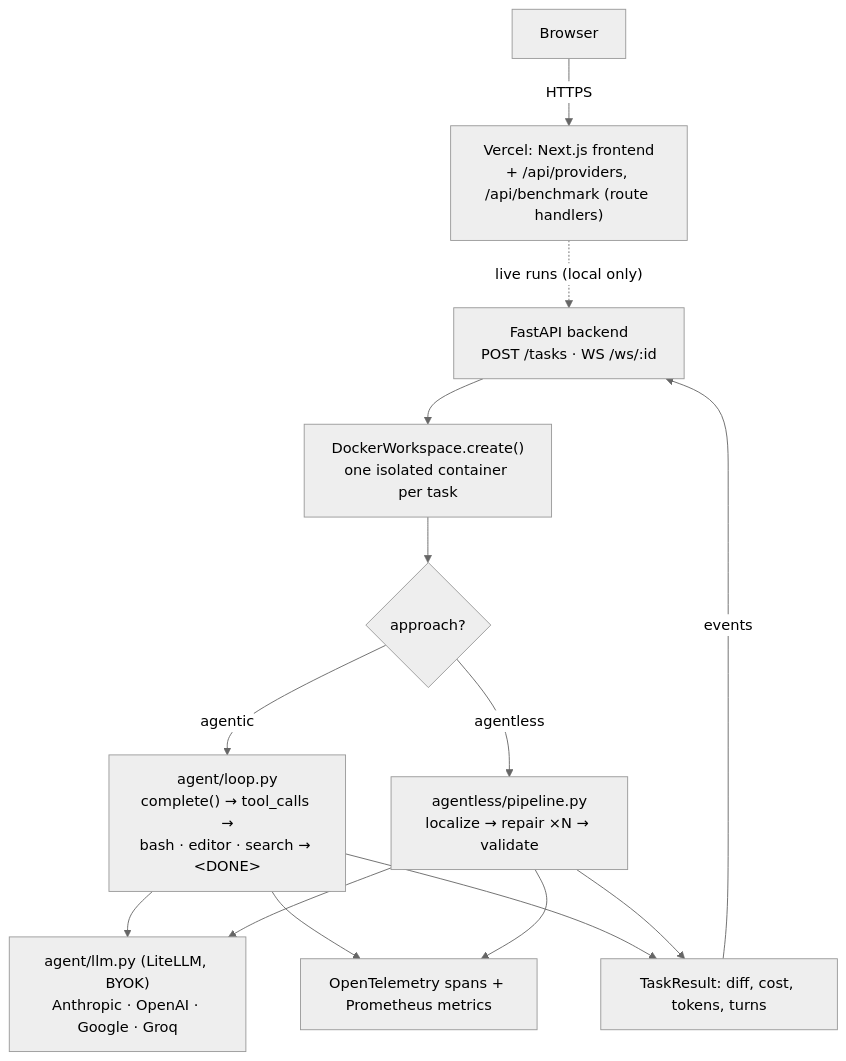
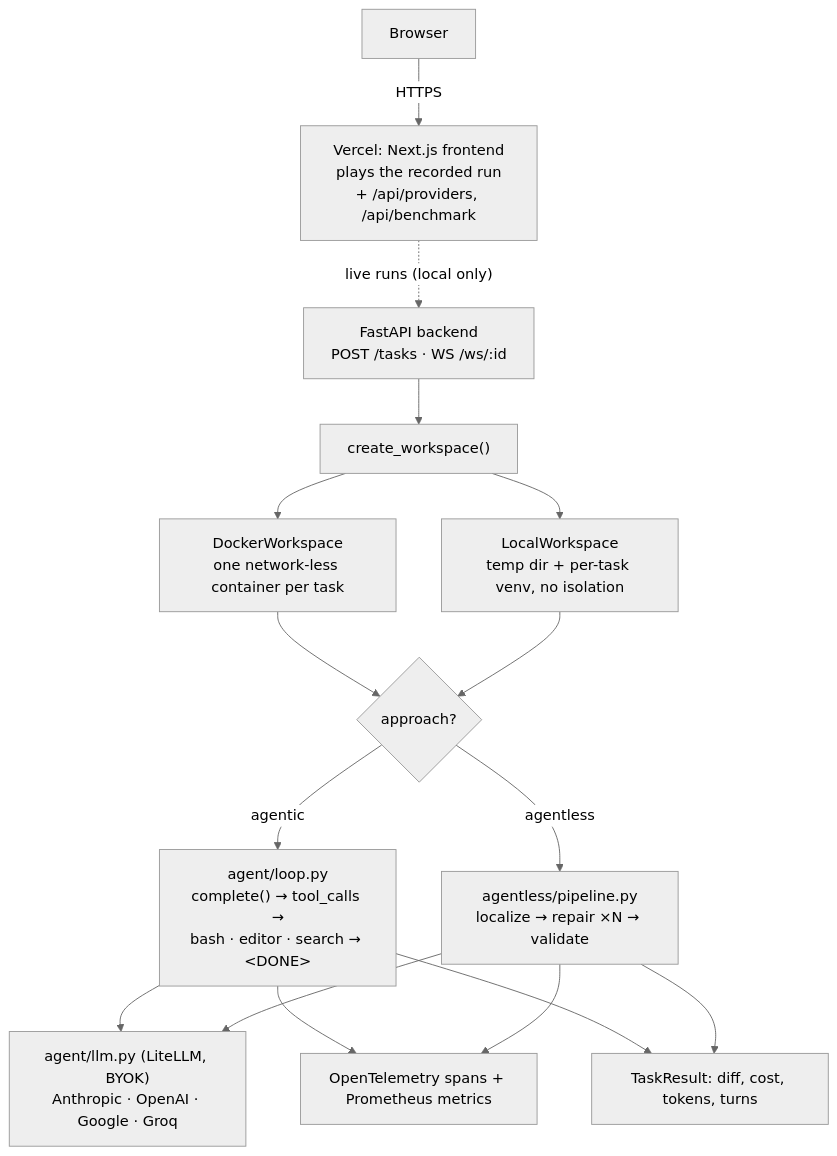
One commit to shiva-shivanibokka/CodePilot-SWE changed the diagram in README.md. Above: the diagram before and after it, drawn with Mermaid (neutral theme). The commit also changed other lines of this file and 2 other files, not shown here.

First line of the commit message:
Rewrite the README around what was actually run, and fix CI

````diff
--- a/README.md
+++ b/README.md
@@ -89,16 +172,18 @@
 ```mermaid
 flowchart TD
-    B["Browser"] -->|HTTPS| V["Vercel: Next.js frontend<br/>+ /api/providers, /api/benchmark (route handlers)"]
+    B["Browser"] -->|HTTPS| V["Vercel: Next.js frontend<br/>plays the recorded run<br/>+ /api/providers, /api/benchmark"]
     V -.->|"live runs (local only)"| API["FastAPI backend<br/>POST /tasks · WS /ws/:id"]
-    API --> WS["DockerWorkspace.create()<br/>one isolated container per task"]
-    WS --> AG{"approach?"}
-    AG -->|agentic| L["agent/loop.py<br/>complete() → tool_calls →<br/>bash · editor · search → &lt;DONE&gt;"]
+    API --> WS["create_workspace()"]
+    WS --> D["DockerWorkspace<br/>one network-less container per task"]
+    WS --> L["LocalWorkspace<br/>temp dir + per-task venv, no isolation"]
+    D --> AG{"approach?"}
+    L --> AG
+    AG -->|agentic| LOOP["agent/loop.py<br/>complete() → tool_calls →<br/>bash · editor · search → &lt;DONE&gt;"]
     AG -->|agentless| P["agentless/pipeline.py<br/>localize → repair ×N → validate"]
-    L --> LLM["agent/llm.py (LiteLLM, BYOK)<br/>Anthropic · OpenAI · Google · Groq"]
+    LOOP --> LLM["agent/llm.py (LiteLLM, BYOK)<br/>Anthropic · OpenAI · Google · Groq"]
     P --> LLM
-    L --> OBS["OpenTelemetry spans + Prometheus metrics"]
+    LOOP --> OBS["OpenTelemetry spans + Prometheus metrics"]
     P --> OBS
-    L --> R["TaskResult: diff, cost, tokens, turns"]
+    LOOP --> R["TaskResult: diff, cost, tokens, turns"]
     P --> R
-    R -->|events| API
 ```
````
